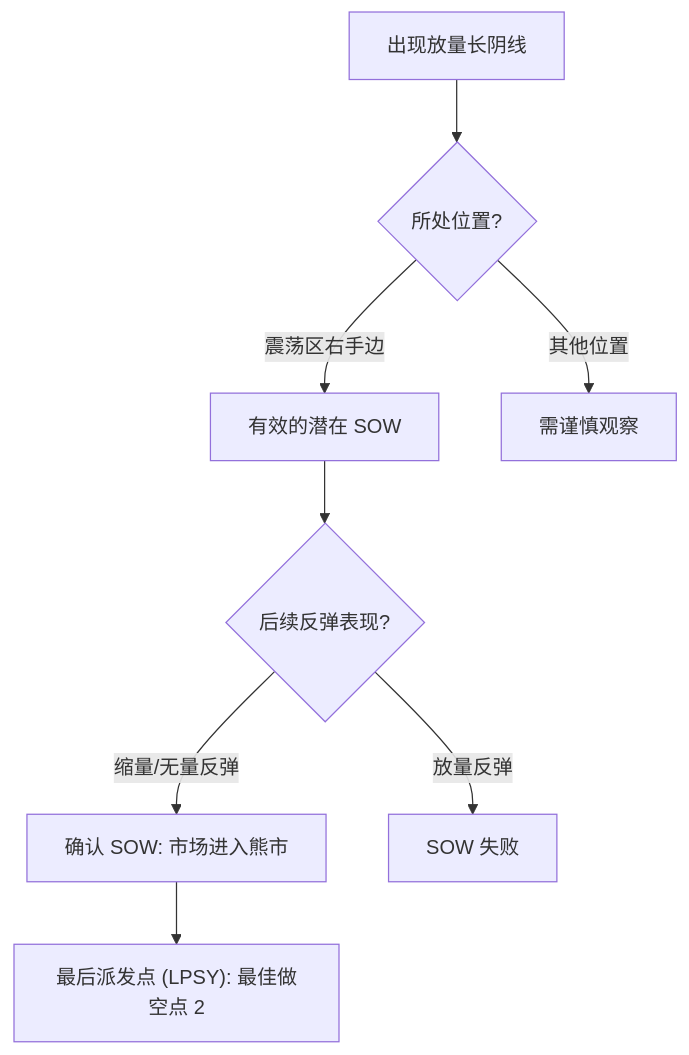
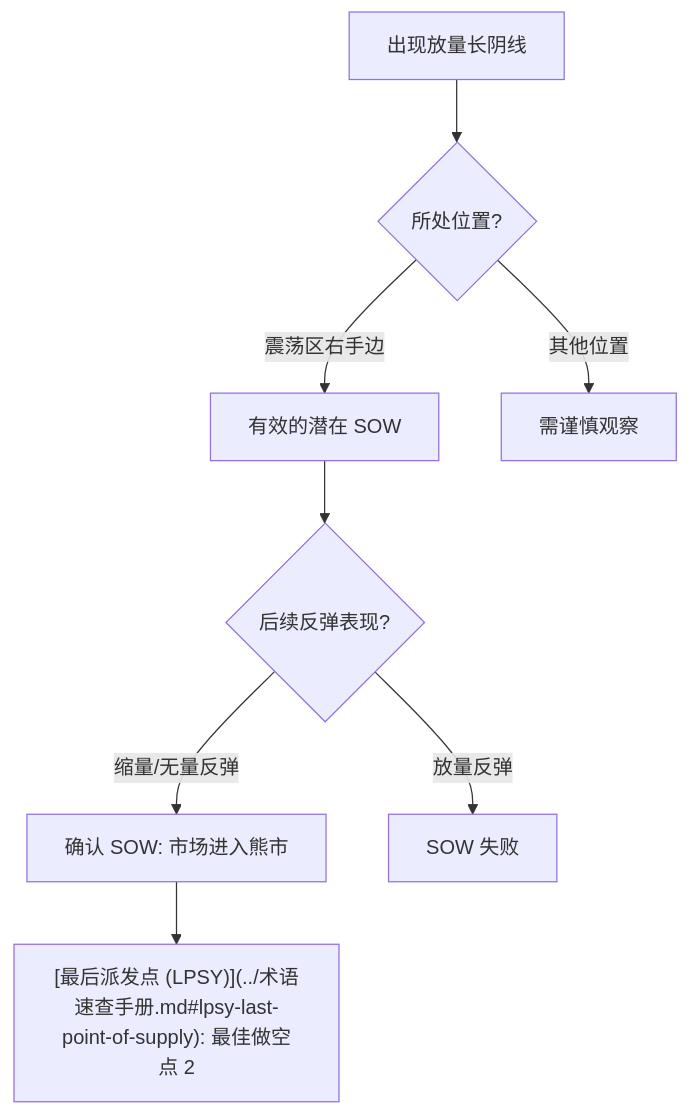
One commit to bigzhu/Wyckoff changed the second of 2 diagrams in docs/第三章_威氏逃顶策略/第三节_派发的确认阶段.md. Above: the diagram before and after it, drawn with Mermaid. The commit also changed other lines of this file and 2 other files, not shown here.

````diff
--- a/docs/第三章_威氏逃顶策略/第三节_派发的确认阶段.md
+++ b/docs/第三章_威氏逃顶策略/第三节_派发的确认阶段.md
@@ -39,10 +39,10 @@
 ```mermaid
 graph TD
     A[出现放量长阴线] --> B{所处位置?}
     B -- 震荡区右手边 --> C[有效的潜在 SOW]
     B -- 其他位置 --> D[需谨慎观察]
     C --> E{后续反弹表现?}
     E -- 缩量/无量反弹 --> F[确认 SOW: 市场进入熊市]
     E -- 放量反弹 --> G[SOW 失败]
-    F --> H["最后派发点 (LPSY): 最佳做空点 2"]
+    F --> H["[最后派发点 (LPSY)](../术语速查手册.md#lpsy-last-point-of-supply): 最佳做空点 2"]
 ```
````
